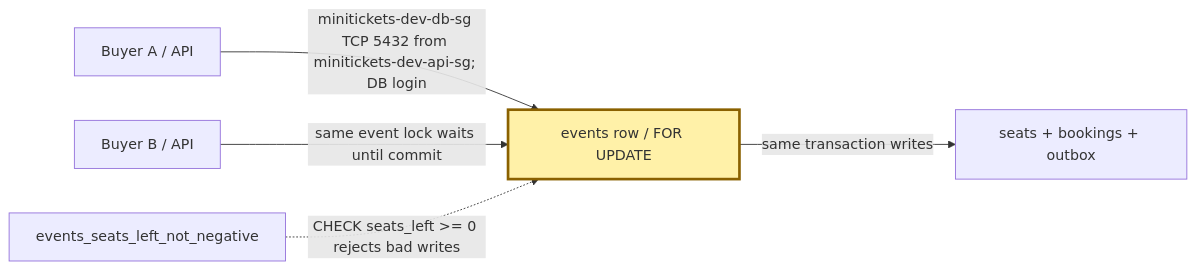
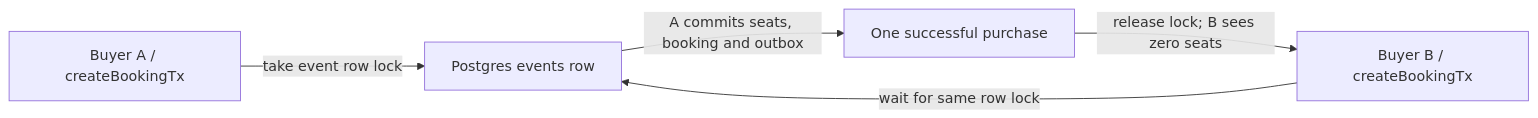
Before and after one commit to maheshnd/minitickets: the diagram in docs/handbook/concepts/row-locks.md, drawn with Mermaid. The commit also changed other lines of this file and 39 other files, not shown here.

````diff
--- a/docs/handbook/concepts/row-locks.md
+++ b/docs/handbook/concepts/row-locks.md
@@ -15,9 +19,7 @@
 ```mermaid
 flowchart LR
-    a["Buyer A / API"] -->|"minitickets-dev-db-sg TCP 5432 from minitickets-dev-api-sg; DB login"| lock["events row / FOR UPDATE"]
-    b["Buyer B / API"] -->|"same event lock waits until commit"| lock
-    lock -->|"same transaction writes"| saved["seats + bookings + outbox"]
-    check["events_seats_left_not_negative"] -.->|"CHECK seats_left >= 0 rejects bad writes"| lock
-    classDef focus fill:#fff1a8,stroke:#8a6100,stroke-width:3px
-    class lock focus
+    A["Buyer A / createBookingTx"] -->|"take event row lock"| E["Postgres events row"]
+    B["Buyer B / createBookingTx"] -->|"wait for same row lock"| E
+    E -->|"A commits seats, booking and outbox"| S["One successful purchase"]
+    S -->|"release lock; B sees zero seats"| B
 ```
````
